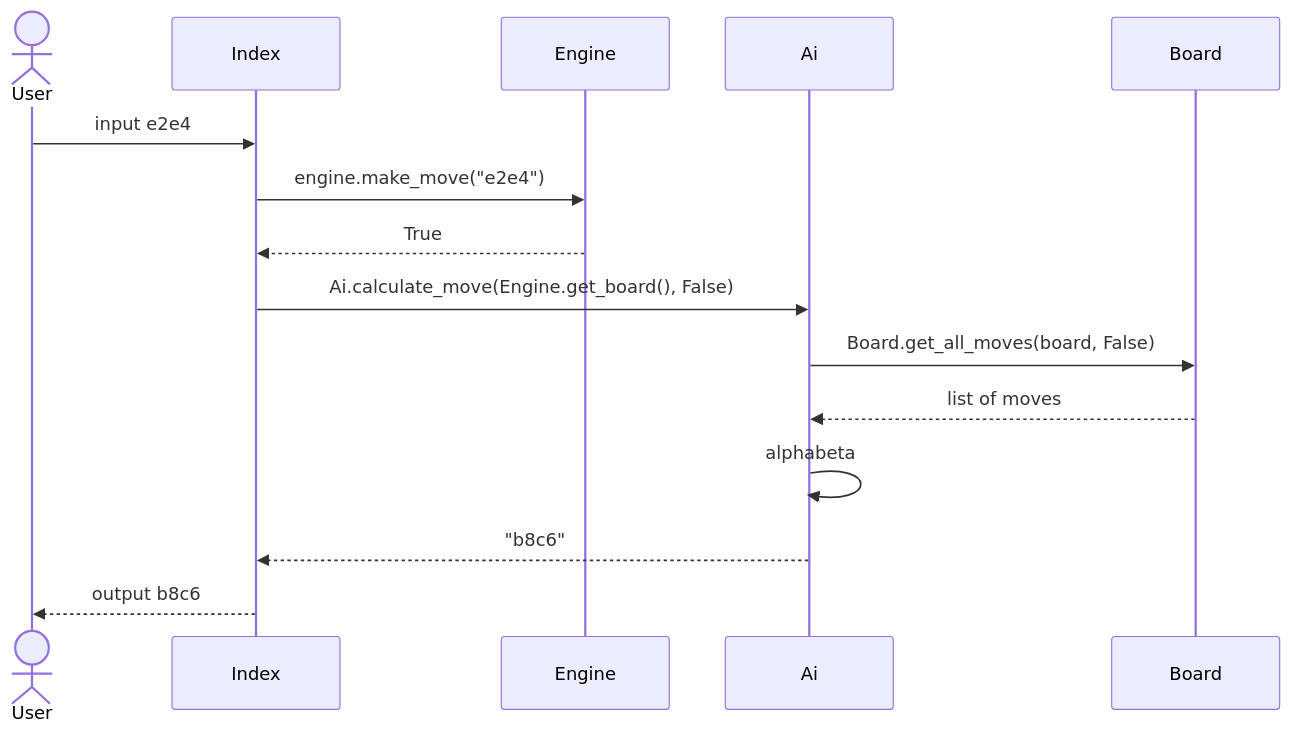
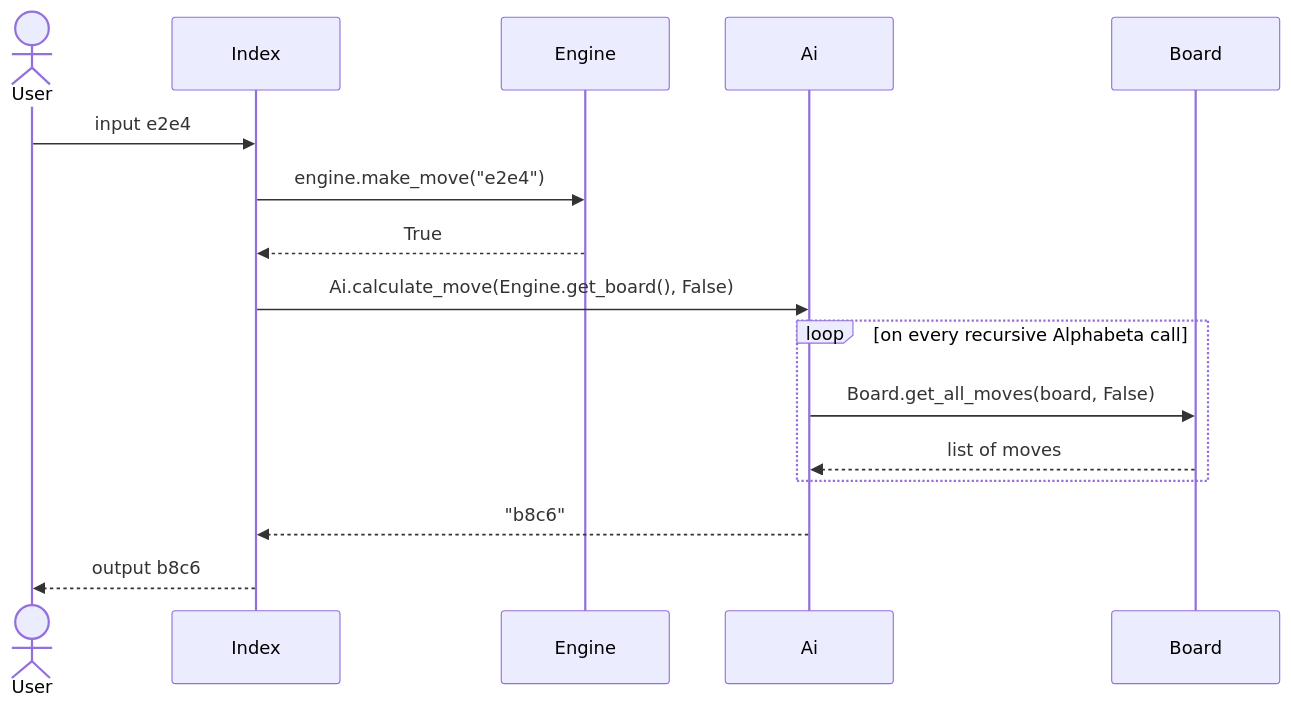
Before and after one commit to rikumat/chess-engine: the diagram in documentation/implementation.md, drawn with Mermaid.

````diff
--- a/documentation/implementation.md
+++ b/documentation/implementation.md
@@ -22,18 +22,19 @@
 ```mermaid
 sequenceDiagram
   actor User
   participant Index
   participant Engine
   participant Ai
   participant Board
 
 User ->> Index:input e2e4
 Index ->> Engine: engine.make_move("e2e4")
 Engine -->> Index: True
 Index ->> Ai: Ai.calculate_move(Engine.get_board(), False)
-Ai ->> Board: Board.get_all_moves(board, False)
-Board -->> Ai: list of moves
-Ai->>Ai: alphabeta
+loop on every recursive Alphabeta call
+  Ai ->> Board: Board.get_all_moves(board, False)
+  Board -->> Ai: list of moves
+    end
 Ai -->> Index: "b8c6"
 Index -->> User: output b8c6
   ```
````
